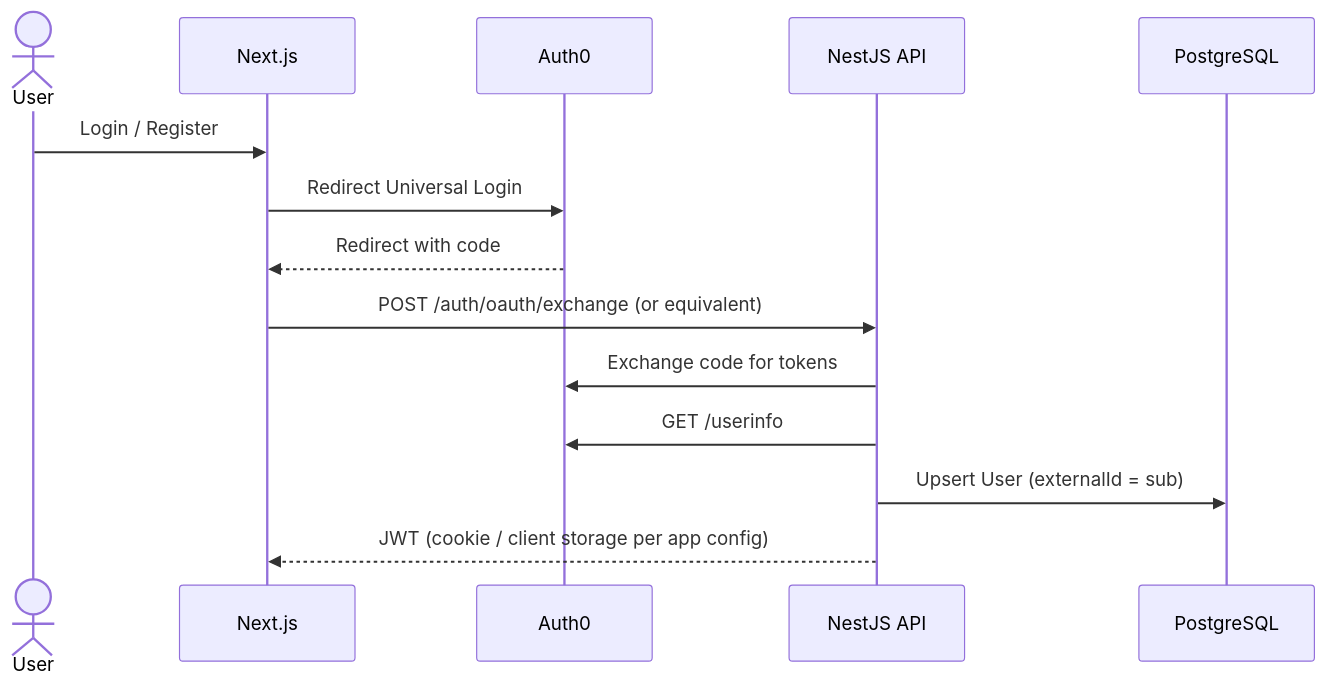
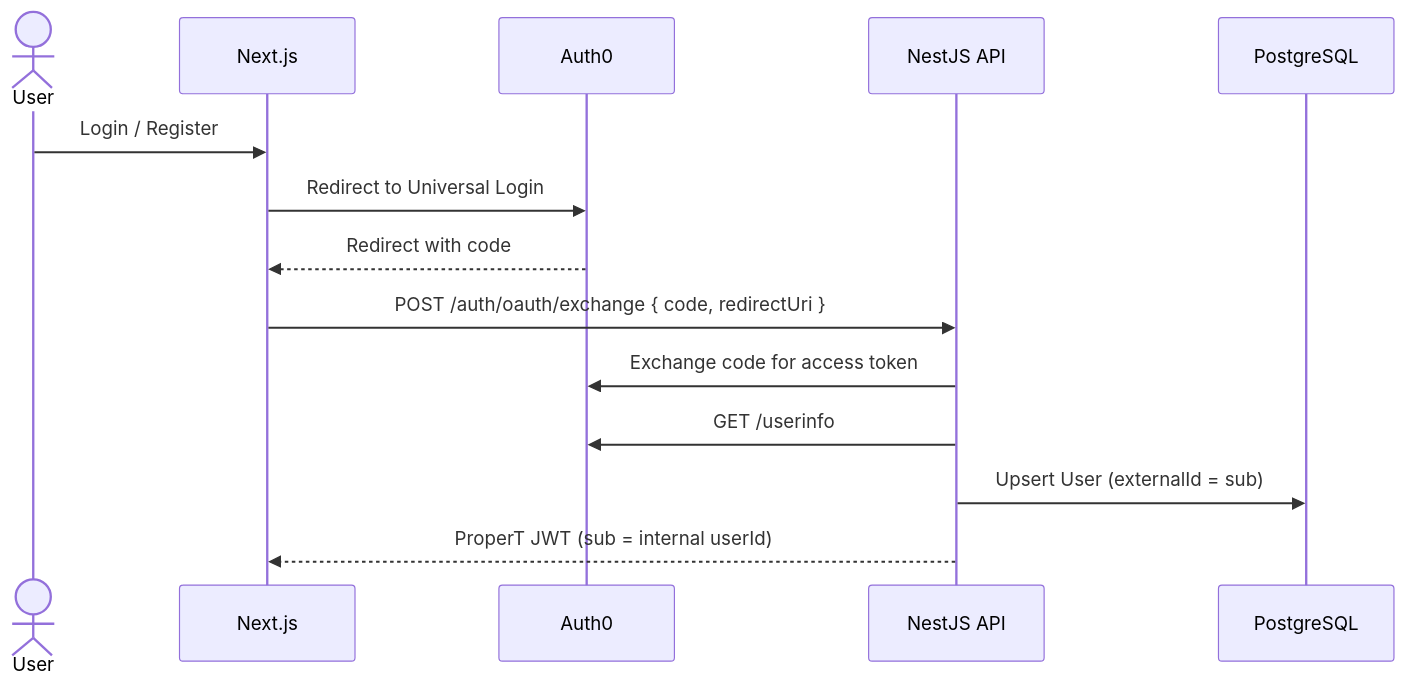
The third of 8 diagrams in ARCHITECTURE.md (Raz-Bouganim/ProperT), drawn with Mermaid before and after one commit. The commit also changed other lines of this file and 2 other files, not shown here.

Commit message:
docs: sync ARCHITECTURE, README, and ROADMAP to current project state

````diff
--- a/ARCHITECTURE.md
+++ b/ARCHITECTURE.md
@@ -575,17 +673,17 @@
 ```mermaid
 sequenceDiagram
   actor User
   participant FE as Next.js
   participant Auth0 as Auth0
   participant API as NestJS API
   participant DB as PostgreSQL
 
   User->>FE: Login / Register
-  FE->>Auth0: Redirect Universal Login
+  FE->>Auth0: Redirect to Universal Login
   Auth0-->>FE: Redirect with code
-  FE->>API: POST /auth/oauth/exchange (or equivalent)
-  API->>Auth0: Exchange code for tokens
+  FE->>API: POST /auth/oauth/exchange { code, redirectUri }
+  API->>Auth0: Exchange code for access token
   API->>Auth0: GET /userinfo
   API->>DB: Upsert User (externalId = sub)
-  API-->>FE: JWT (cookie / client storage per app config)
+  API-->>FE: ProperT JWT (sub = internal userId)
 ```
````
